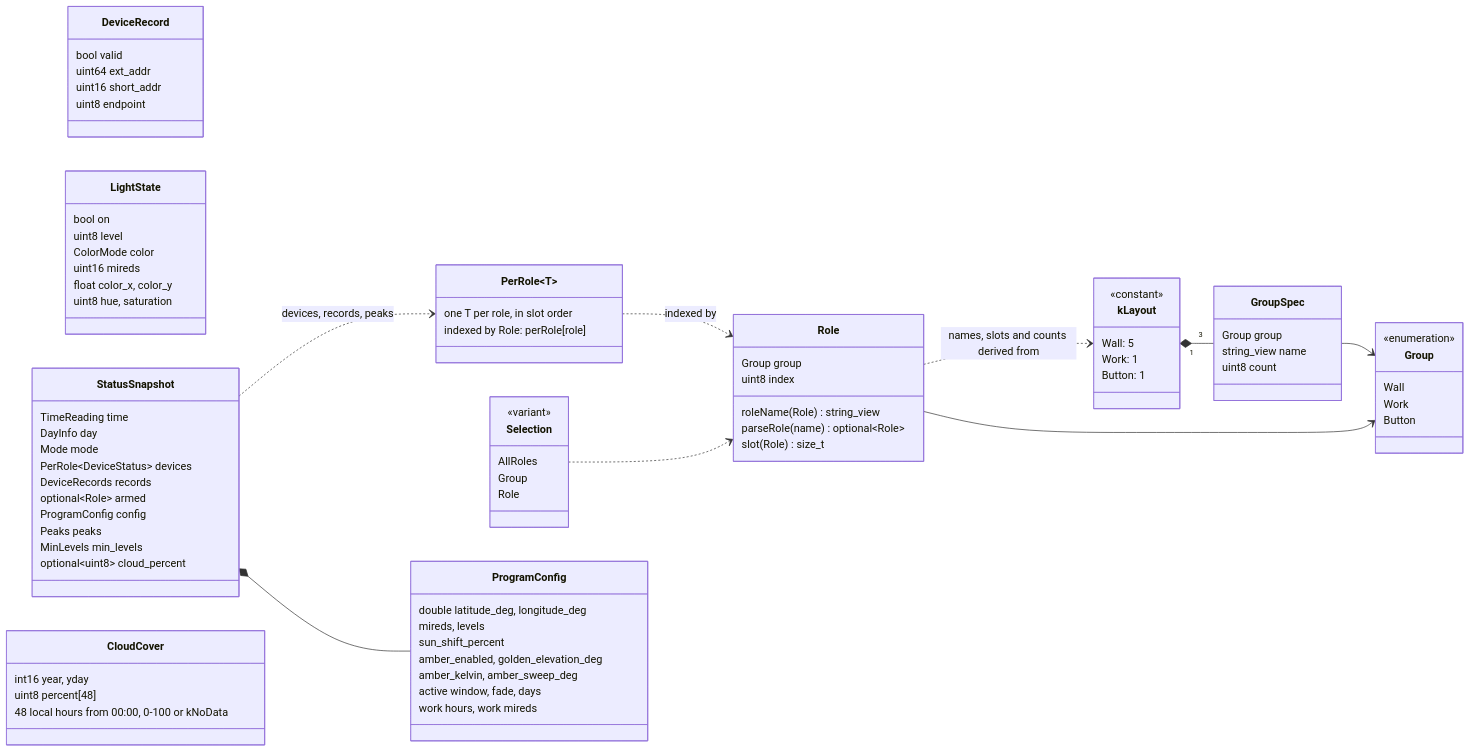
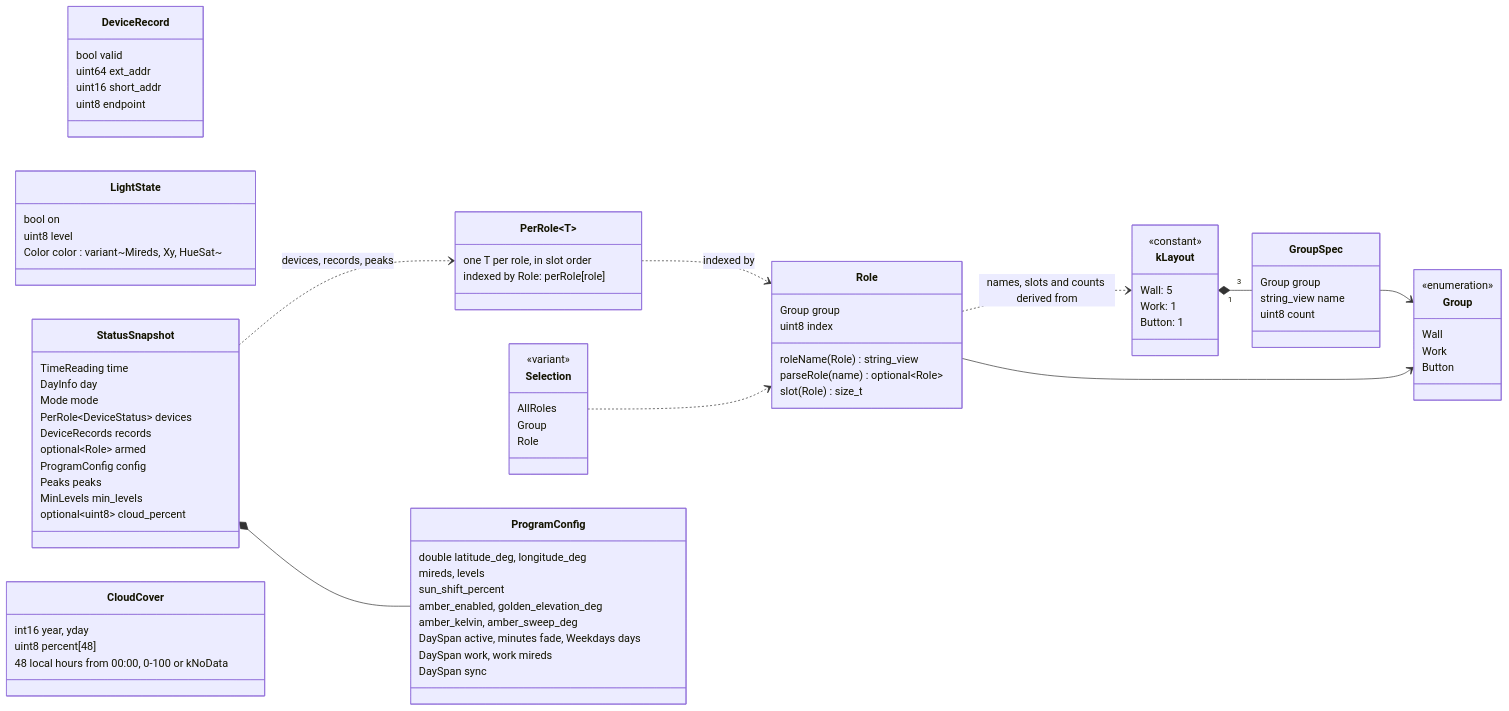
The second of 10 diagrams in ARCHITECTURE.md (bjerre/sunsim), drawn with Mermaid before and after one commit. The commit also changed other lines of this file and 9 other files, not shown here.

First line of the commit message:
A light's colour is a std::variant<Mireds, Xy, HueSat>

```diff
--- a/ARCHITECTURE.md
+++ b/ARCHITECTURE.md
@@ -128,10 +128,7 @@
     class LightState {
         bool on
         uint8 level
-        ColorMode color
-        uint16 mireds
-        float color_x, color_y
-        uint8 hue, saturation
+        Color color : variant~Mireds, Xy, HueSat~
     }
     class ProgramConfig {
         double latitude_deg, longitude_deg
@@ -139,8 +136,9 @@
         sun_shift_percent
         amber_enabled, golden_elevation_deg
         amber_kelvin, amber_sweep_deg
-        active window, fade, days
-        work hours, work mireds
+        DaySpan active, minutes fade, Weekdays days
+        DaySpan work, work mireds
+        DaySpan sync
     }
     class StatusSnapshot {
         TimeReading time
```
